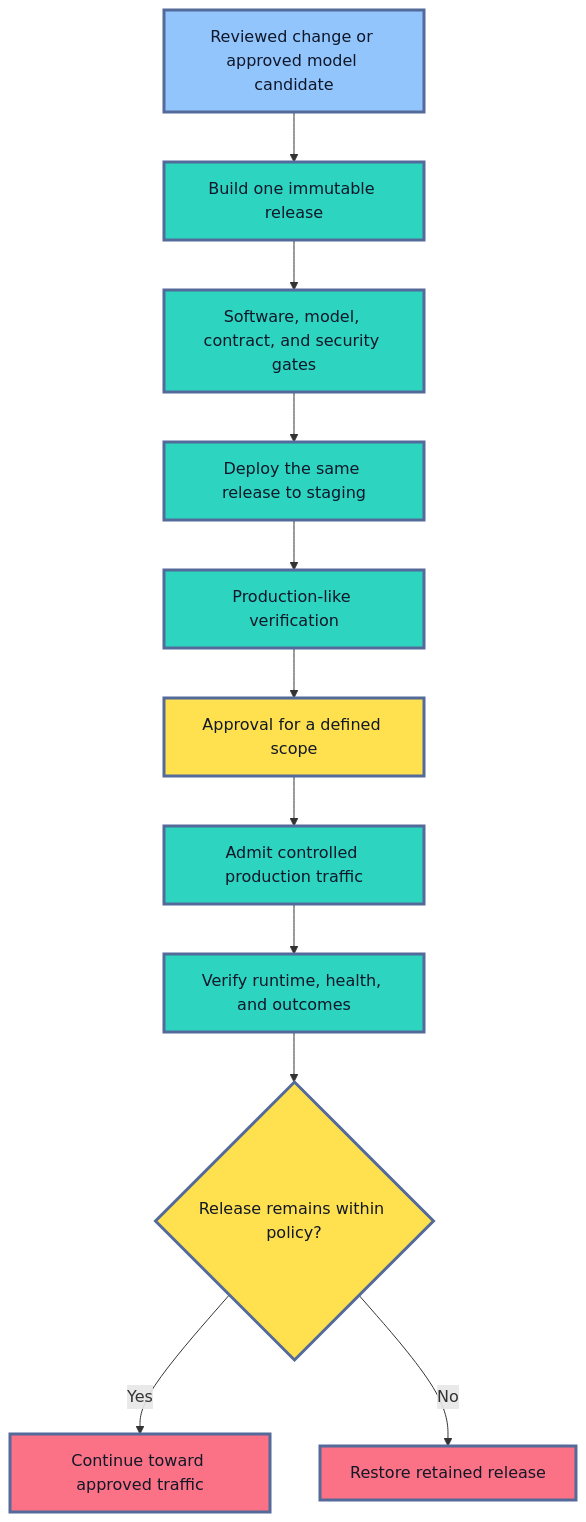
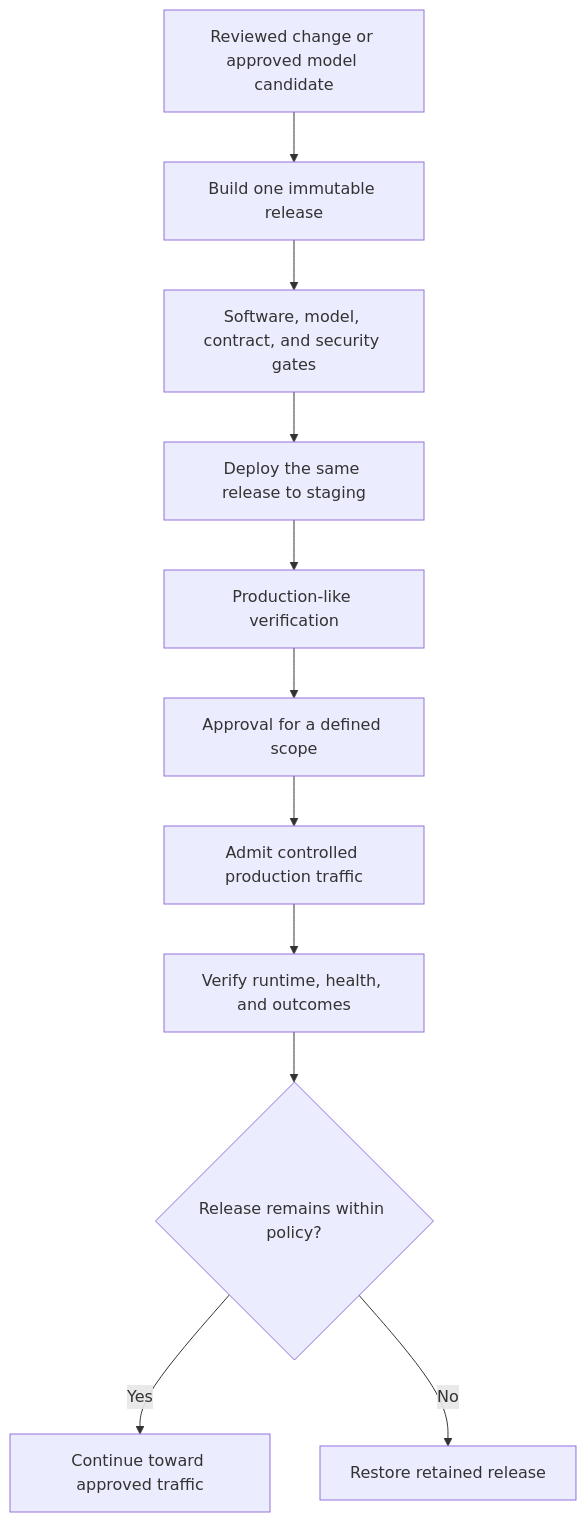
Before and after one commit to senlinyy/dev-roadmaps: the first of 4 diagrams in roadmaps/mlops/modules/deployment-and-release-management/model-release-basics/05-cd-for-model-services.md, drawn with Mermaid. The commit also changed other lines of this file and 152 other files, not shown here.

Commit message:
feat: mlops and diagrams updated

````diff
--- a/roadmaps/mlops/modules/deployment-and-release-management/model-release-basics/05-cd-for-model-services.md
+++ b/roadmaps/mlops/modules/deployment-and-release-management/model-release-basics/05-cd-for-model-services.md
@@ -57,22 +57,18 @@
 ```mermaid
 flowchart TD
     A["Reviewed change or approved model candidate"] --> B["Build one immutable release"]
     B --> C["Software, model, contract, and security gates"]
     C --> D["Deploy the same release to staging"]
     D --> E["Production-like verification"]
     E --> F["Approval for a defined scope"]
     F --> G["Admit controlled production traffic"]
     G --> H["Verify runtime, health, and outcomes"]
     H --> I{"Release remains within policy?"}
     I -->|"Yes"| J["Continue toward approved traffic"]
     I -->|"No"| K["Restore retained release"]
 
-    classDef trigger fill:#93C5FD,stroke:#536A9A,stroke-width:3px,color:#0F172A
-    classDef work fill:#2DD4BF,stroke:#536A9A,stroke-width:3px,color:#0F172A
-    classDef gate fill:#FFE04F,stroke:#536A9A,stroke-width:3px,color:#111827
-    classDef outcome fill:#FB7185,stroke:#536A9A,stroke-width:3px,color:#111827
     class A trigger
     class B,C,D,E,G,H work
     class F,I gate
     class J,K outcome
 ```
````
